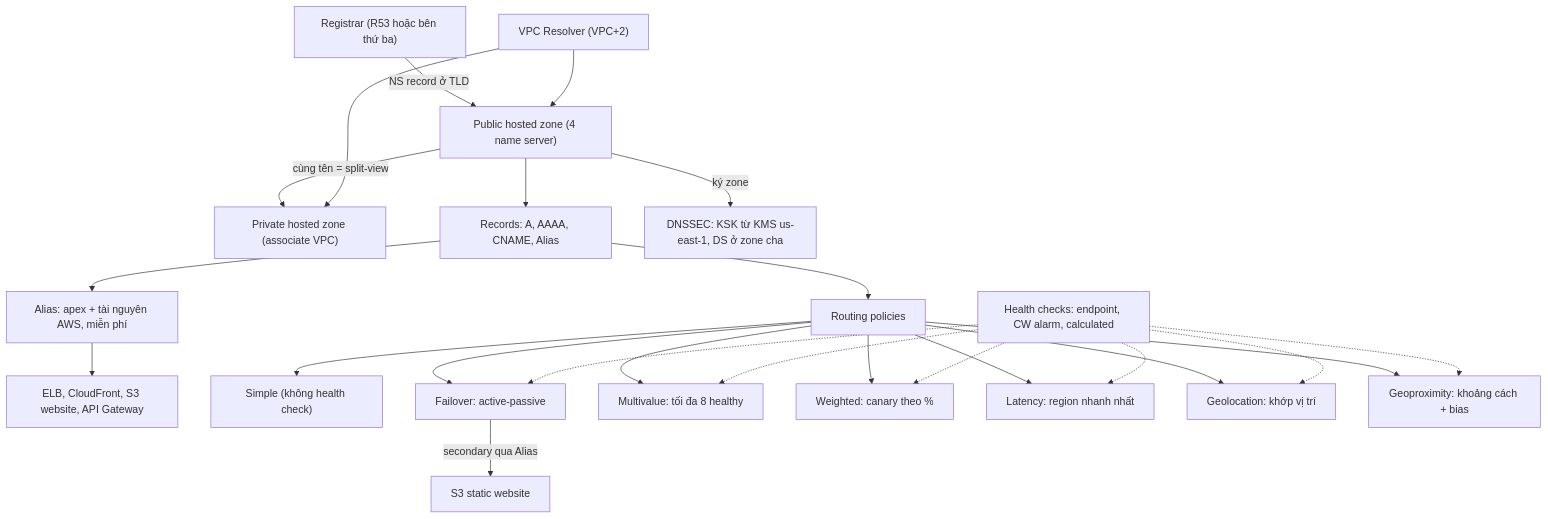
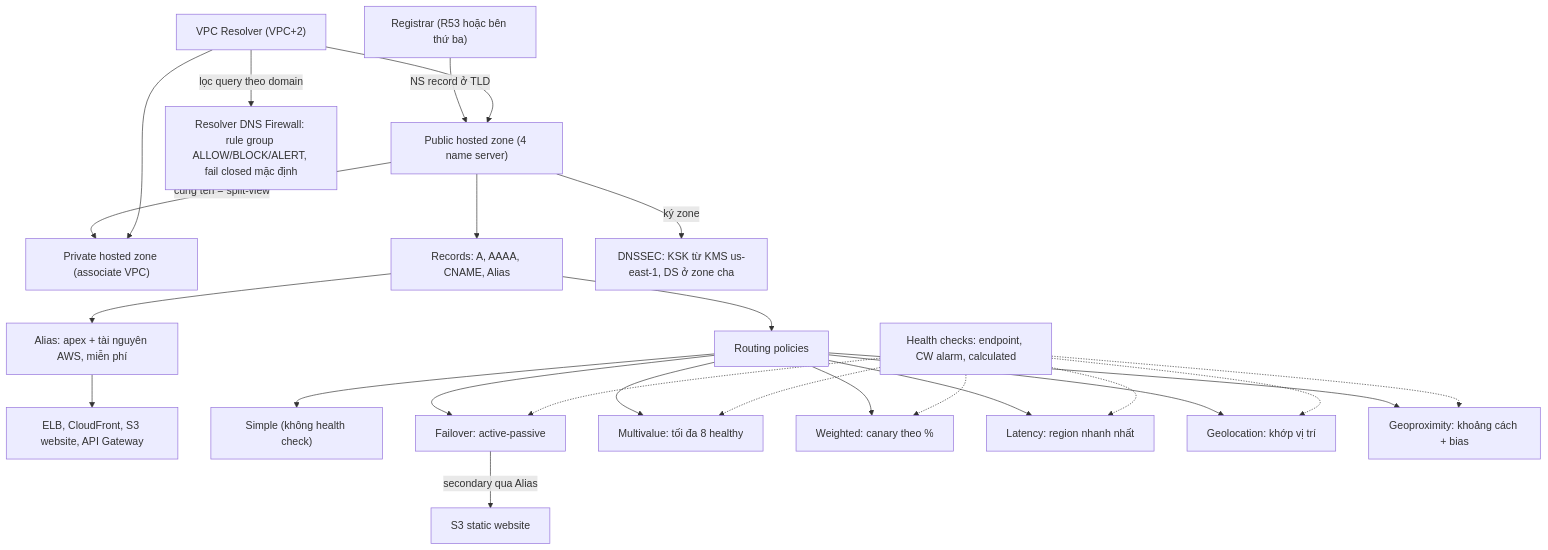
Before and after one commit to hairbui76/aws-saa-c03: the diagram in data/10 Route 53/_MOC 10 Route 53.md, drawn with Mermaid. The commit also changed other lines of this file and 28 other files, not shown here.

````diff
--- a/data/10 Route 53/_MOC 10 Route 53.md
+++ b/data/10 Route 53/_MOC 10 Route 53.md
@@ -28,26 +29,27 @@
 ```mermaid
 flowchart TB
   REG["Registrar (R53 hoặc bên thứ ba)"] -->|"NS record ở TLD"| PUB["Public hosted zone (4 name server)"]
   PUB -->|"cùng tên = split-view"| PRIV["Private hosted zone (associate VPC)"]
   VPC["VPC Resolver (VPC+2)"] --> PUB
   VPC --> PRIV
   PUB --> REC["Records: A, AAAA, CNAME, Alias"]
   REC --> ALIAS["Alias: apex + tài nguyên AWS, miễn phí"]
   ALIAS --> TGT["ELB, CloudFront, S3 website, API Gateway"]
   REC --> RP["Routing policies"]
   RP --> SIM["Simple (không health check)"]
   RP --> FO["Failover: active-passive"]
   RP --> MV["Multivalue: tối đa 8 healthy"]
   RP --> W["Weighted: canary theo %"]
   RP --> LAT["Latency: region nhanh nhất"]
   RP --> GL["Geolocation: khớp vị trí"]
   RP --> GP["Geoproximity: khoảng cách + bias"]
   HC["Health checks: endpoint, CW alarm, calculated"] -.-> FO
   HC -.-> MV
   HC -.-> W
   HC -.-> LAT
   HC -.-> GL
   HC -.-> GP
   FO -->|"secondary qua Alias"| S3W["S3 static website"]
   PUB -->|"ký zone"| DS["DNSSEC: KSK từ KMS us-east-1, DS ở zone cha"]
+  VPC -->|"lọc query theo domain"| FW["Resolver DNS Firewall: rule group ALLOW/BLOCK/ALERT, fail closed mặc định"]
 ```
````
